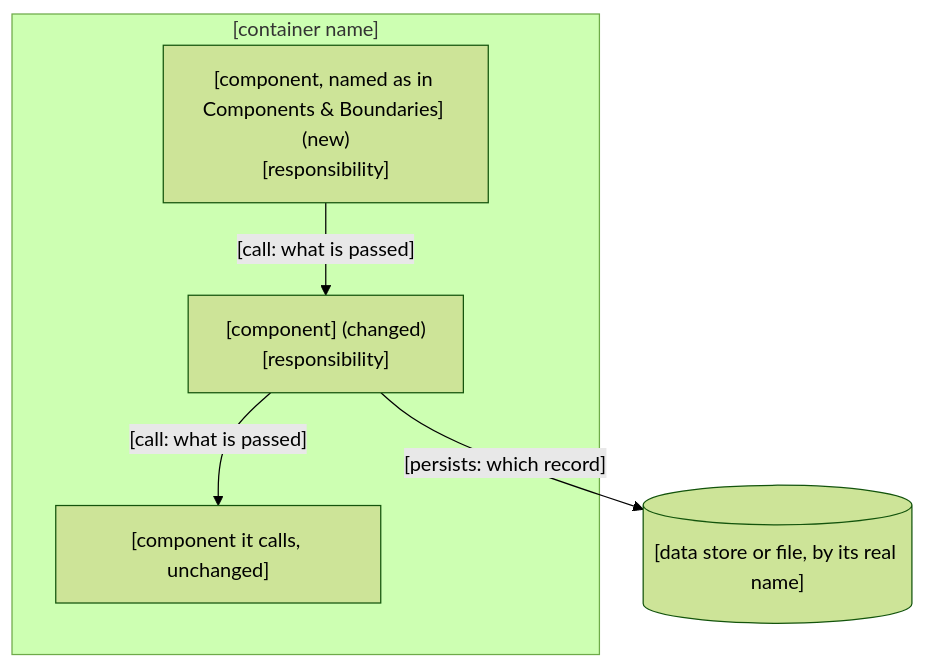
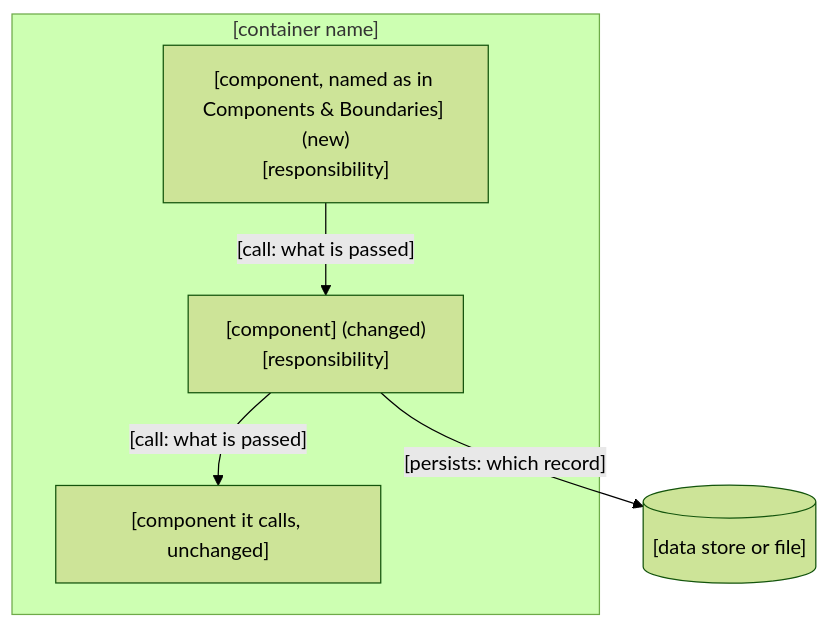
Before and after one commit to khoavu882/do-flow: the third of 6 diagrams in core/shared/templates/doflow/design-template.md, drawn with Mermaid (forest theme). The commit also changed other lines of this file and 6 other files, not shown here.

First line of the commit message:
fix(render-page,guidance): review findings on the page and the diagram guide

````diff
--- a/core/shared/templates/doflow/design-template.md
+++ b/core/shared/templates/doflow/design-template.md
@@ -128,13 +128,13 @@
 ```mermaid
 flowchart TB
     subgraph container["[container name]"]
         C_A["[component, named as in Components & Boundaries] (new)<br/>[responsibility]"]
         C_B["[component] (changed)<br/>[responsibility]"]
         C_C["[component it calls, unchanged]"]
     end
-    STORE[("[data store or file, by its real name]")]
+    STORE[("[data store or file]")]
 
     C_A -->|"[call: what is passed]"| C_B
     C_B -->|"[call: what is passed]"| C_C
     C_B -->|"[persists: which record]"| STORE
 ```
````
